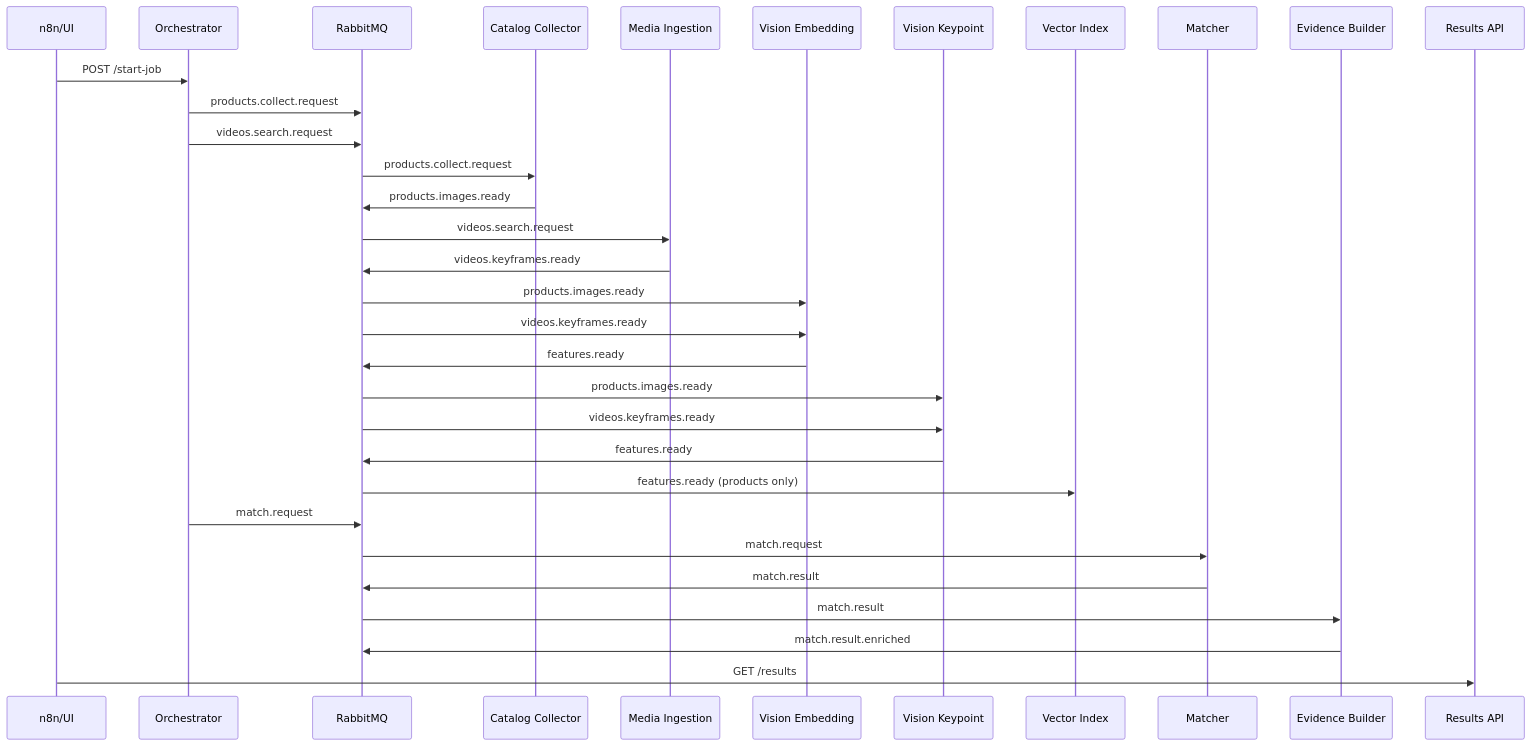
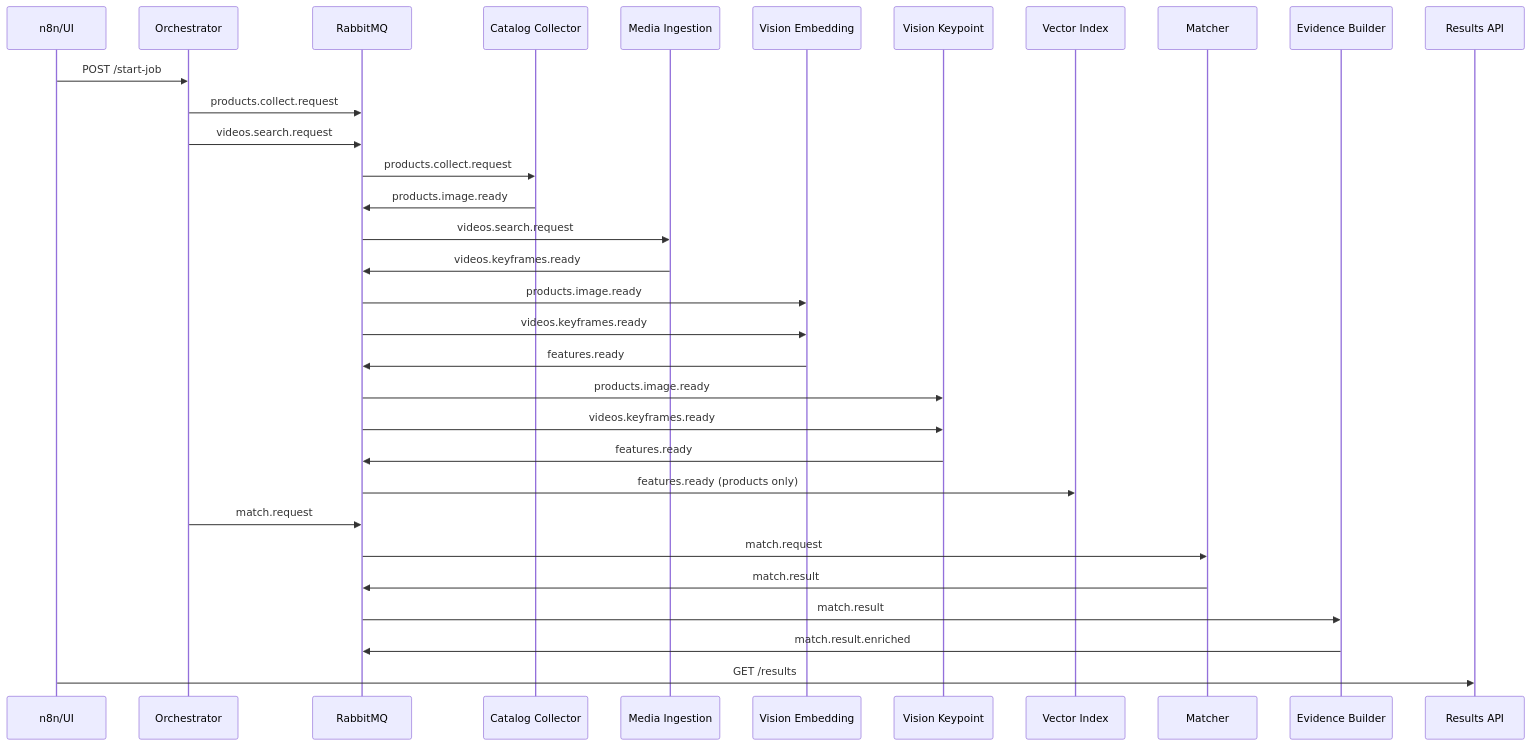
Before and after one commit to tudragon154203/product-video-matching: the second of 2 diagrams in .kiro/specs/microservice-product-video-matching-sprint1/design.md, drawn with Mermaid. The commit also changed other lines of this file and 29 other files, not shown here.

````diff
--- a/.kiro/specs/microservice-product-video-matching-sprint1/design.md
+++ b/.kiro/specs/microservice-product-video-matching-sprint1/design.md
@@ -42,43 +42,43 @@
 ```mermaid
 sequenceDiagram
     participant UI as n8n/UI
     participant ORC as Orchestrator
     participant RMQ as RabbitMQ
     participant CC as Catalog Collector
     participant MI as Media Ingestion
     participant VE as Vision Embedding
     participant VK as Vision Keypoint
     participant VI as Vector Index
     participant MAT as Matcher
     participant EB as Evidence Builder
     participant RA as Results API
 
     UI->>ORC: POST /start-job
     ORC->>RMQ: products.collect.request
     ORC->>RMQ: videos.search.request
     
     RMQ->>CC: products.collect.request
-    CC->>RMQ: products.images.ready
+    CC->>RMQ: products.image.ready
     
     RMQ->>MI: videos.search.request
     MI->>RMQ: videos.keyframes.ready
     
-    RMQ->>VE: products.images.ready
+    RMQ->>VE: products.image.ready
     RMQ->>VE: videos.keyframes.ready
     VE->>RMQ: features.ready
     
-    RMQ->>VK: products.images.ready
+    RMQ->>VK: products.image.ready
     RMQ->>VK: videos.keyframes.ready
     VK->>RMQ: features.ready
     
     RMQ->>VI: features.ready (products only)
     
     ORC->>RMQ: match.request
     RMQ->>MAT: match.request
     MAT->>RMQ: match.result
     
     RMQ->>EB: match.result
     EB->>RMQ: match.result.enriched
     
     UI->>RA: GET /results
 ```
````
